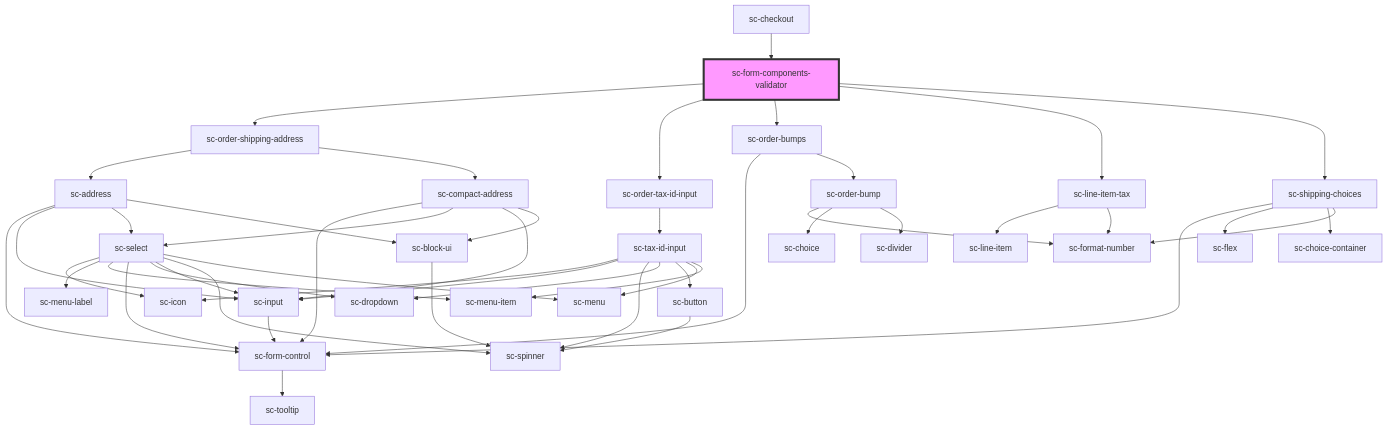
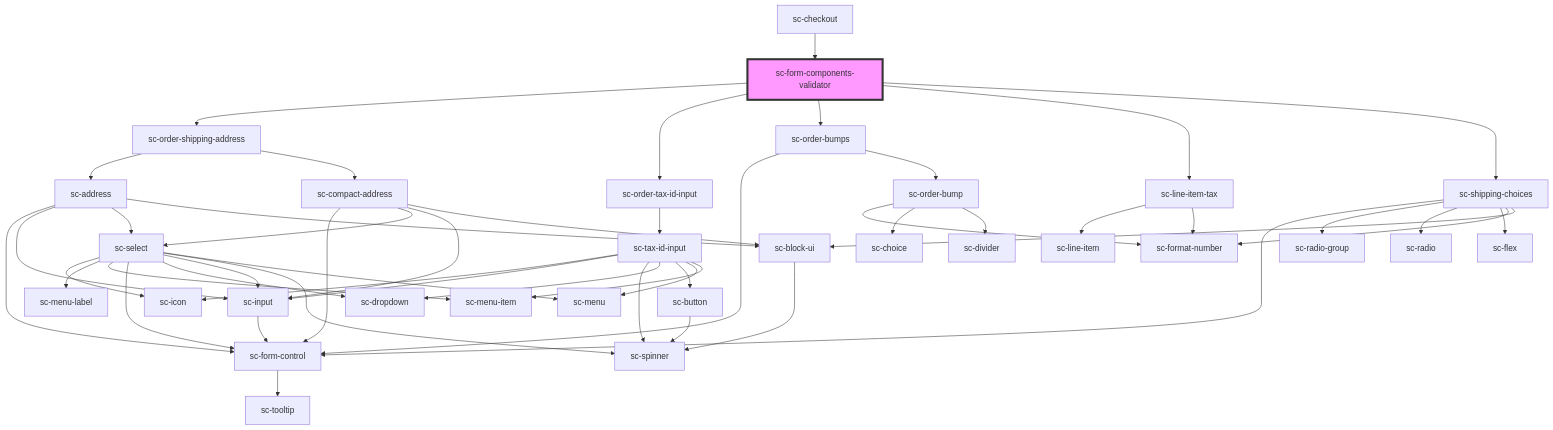
One commit to surecart/surecart-wp-plugin changed the diagram in packages/components/src/components/providers/form-components-validator/readme.md. Above: the diagram before and after it, drawn with Mermaid. The commit also changed 13 other files, not shown here.

Commit message:
Make the shipping choices more compact and use sc-radio instead of sc-choice-container

````diff
--- a/packages/components/src/components/providers/form-components-validator/readme.md
+++ b/packages/components/src/components/providers/form-components-validator/readme.md
@@ -32,51 +32,53 @@
 ```mermaid
 graph TD;
   sc-form-components-validator --> sc-order-shipping-address
   sc-form-components-validator --> sc-order-tax-id-input
   sc-form-components-validator --> sc-order-bumps
   sc-form-components-validator --> sc-line-item-tax
   sc-form-components-validator --> sc-shipping-choices
   sc-order-shipping-address --> sc-address
   sc-order-shipping-address --> sc-compact-address
   sc-address --> sc-form-control
   sc-address --> sc-input
   sc-address --> sc-select
   sc-address --> sc-block-ui
   sc-form-control --> sc-tooltip
   sc-input --> sc-form-control
   sc-select --> sc-icon
   sc-select --> sc-menu-label
   sc-select --> sc-menu-item
   sc-select --> sc-form-control
   sc-select --> sc-dropdown
   sc-select --> sc-input
   sc-select --> sc-spinner
   sc-select --> sc-menu
   sc-block-ui --> sc-spinner
   sc-compact-address --> sc-form-control
   sc-compact-address --> sc-select
   sc-compact-address --> sc-input
   sc-compact-address --> sc-block-ui
   sc-order-tax-id-input --> sc-tax-id-input
   sc-tax-id-input --> sc-icon
   sc-tax-id-input --> sc-input
   sc-tax-id-input --> sc-spinner
   sc-tax-id-input --> sc-dropdown
   sc-tax-id-input --> sc-button
   sc-tax-id-input --> sc-menu
   sc-tax-id-input --> sc-menu-item
   sc-button --> sc-spinner
   sc-order-bumps --> sc-form-control
   sc-order-bumps --> sc-order-bump
   sc-order-bump --> sc-format-number
   sc-order-bump --> sc-choice
   sc-order-bump --> sc-divider
   sc-line-item-tax --> sc-line-item
   sc-line-item-tax --> sc-format-number
   sc-shipping-choices --> sc-form-control
+  sc-shipping-choices --> sc-radio-group
+  sc-shipping-choices --> sc-radio
   sc-shipping-choices --> sc-flex
-  sc-shipping-choices --> sc-choice-container
   sc-shipping-choices --> sc-format-number
+  sc-shipping-choices --> sc-block-ui
   sc-checkout --> sc-form-components-validator
   style sc-form-components-validator fill:#f9f,stroke:#333,stroke-width:4px
 ```
````
